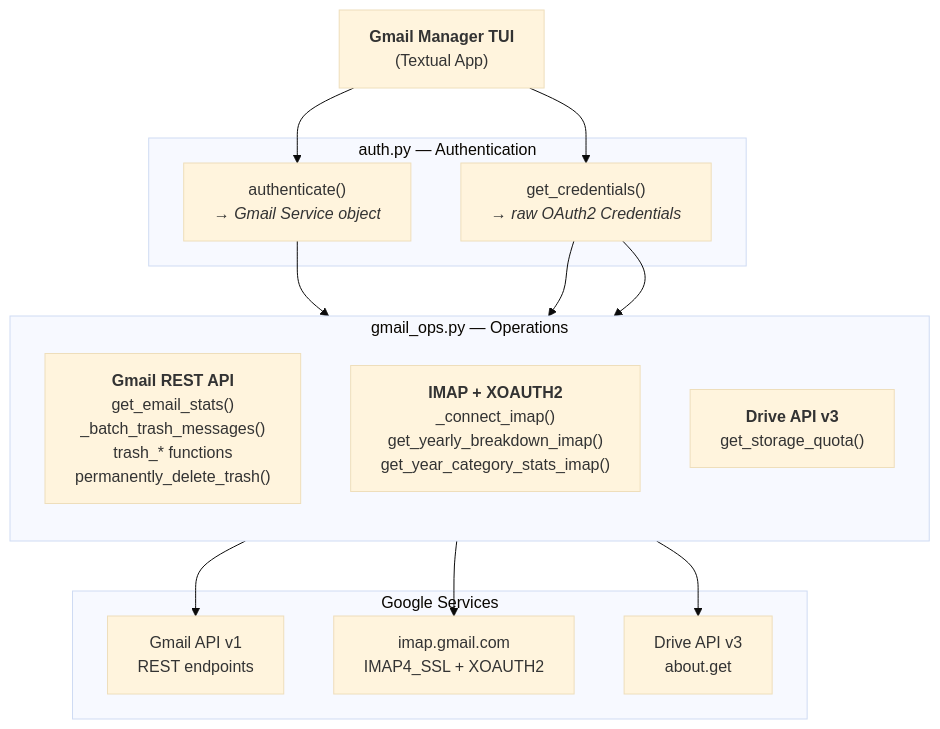
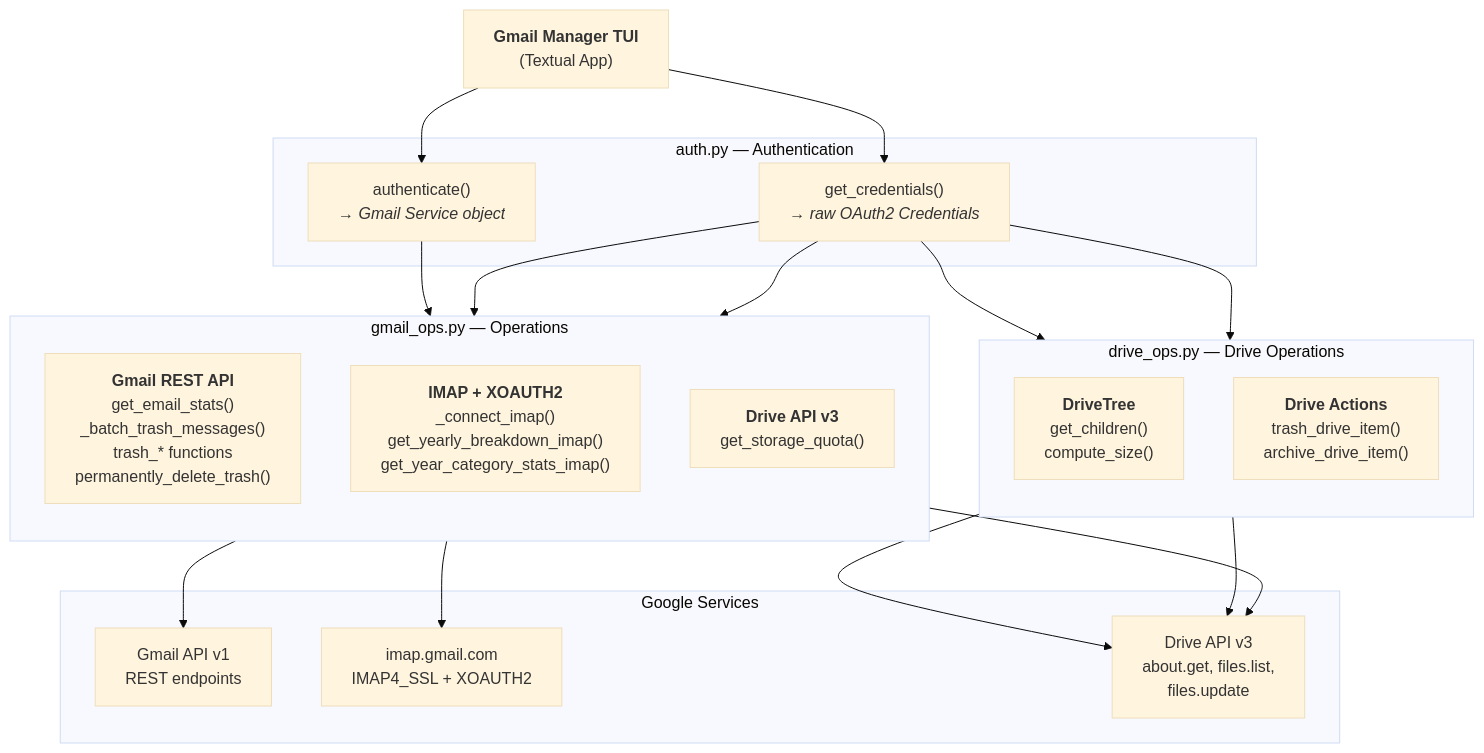
Before and after one commit to mazsola2k/gmail-manager: the first of 3 diagrams in README.md, drawn with Mermaid (base theme). The commit also changed other lines of this file and 1 other file, not shown here.

````diff
--- a/README.md
+++ b/README.md
@@ -210,31 +219,41 @@
 ```mermaid
 graph TB
     TUI["<b>Gmail Manager TUI</b><br/>(Textual App)"]
 
     subgraph auth["auth.py — Authentication"]
         AUTH["authenticate()<br/><i>→ Gmail Service object</i>"]
         CREDS["get_credentials()<br/><i>→ raw OAuth2 Credentials</i>"]
     end
 
     subgraph ops["gmail_ops.py — Operations"]
         direction TB
         REST["<b>Gmail REST API</b><br/>get_email_stats()<br/>_batch_trash_messages()<br/>trash_* functions<br/>permanently_delete_trash()"]
         IMAP["<b>IMAP + XOAUTH2</b><br/>_connect_imap()<br/>get_yearly_breakdown_imap()<br/>get_year_category_stats_imap()"]
         DRIVE["<b>Drive API v3</b><br/>get_storage_quota()"]
     end
 
+    subgraph driveops["drive_ops.py — Drive Operations"]
+        direction TB
+        DTREE["<b>DriveTree</b><br/>get_children()<br/>compute_size()"]
+        DACT["<b>Drive Actions</b><br/>trash_drive_item()<br/>archive_drive_item()"]
+    end
+
     subgraph google["Google Services"]
         GMAIL_API["Gmail API v1<br/>REST endpoints"]
         IMAP_SRV["imap.gmail.com<br/>IMAP4_SSL + XOAUTH2"]
-        DRIVE_API["Drive API v3<br/>about.get"]
+        DRIVE_API["Drive API v3<br/>about.get, files.list,<br/>files.update"]
     end
 
     TUI --> AUTH
     TUI --> CREDS
     AUTH --> REST
     CREDS --> IMAP
     CREDS --> DRIVE
+    CREDS --> DTREE
+    CREDS --> DACT
     REST --> GMAIL_API
     IMAP --> IMAP_SRV
     DRIVE --> DRIVE_API
+    DTREE --> DRIVE_API
+    DACT --> DRIVE_API
 ```
````
